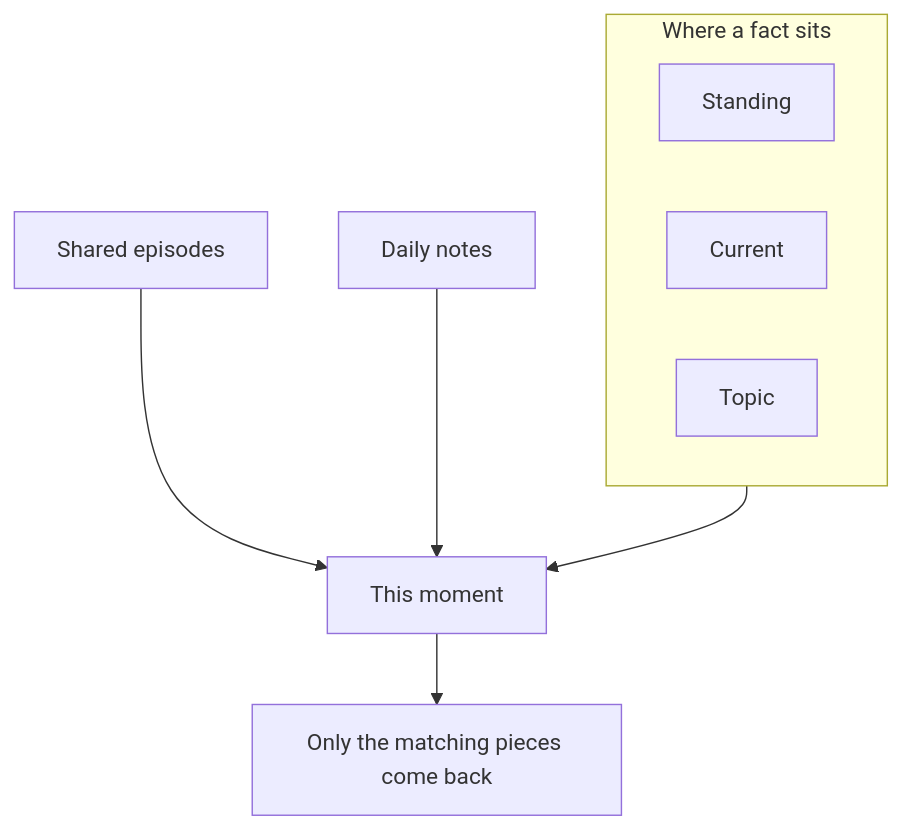
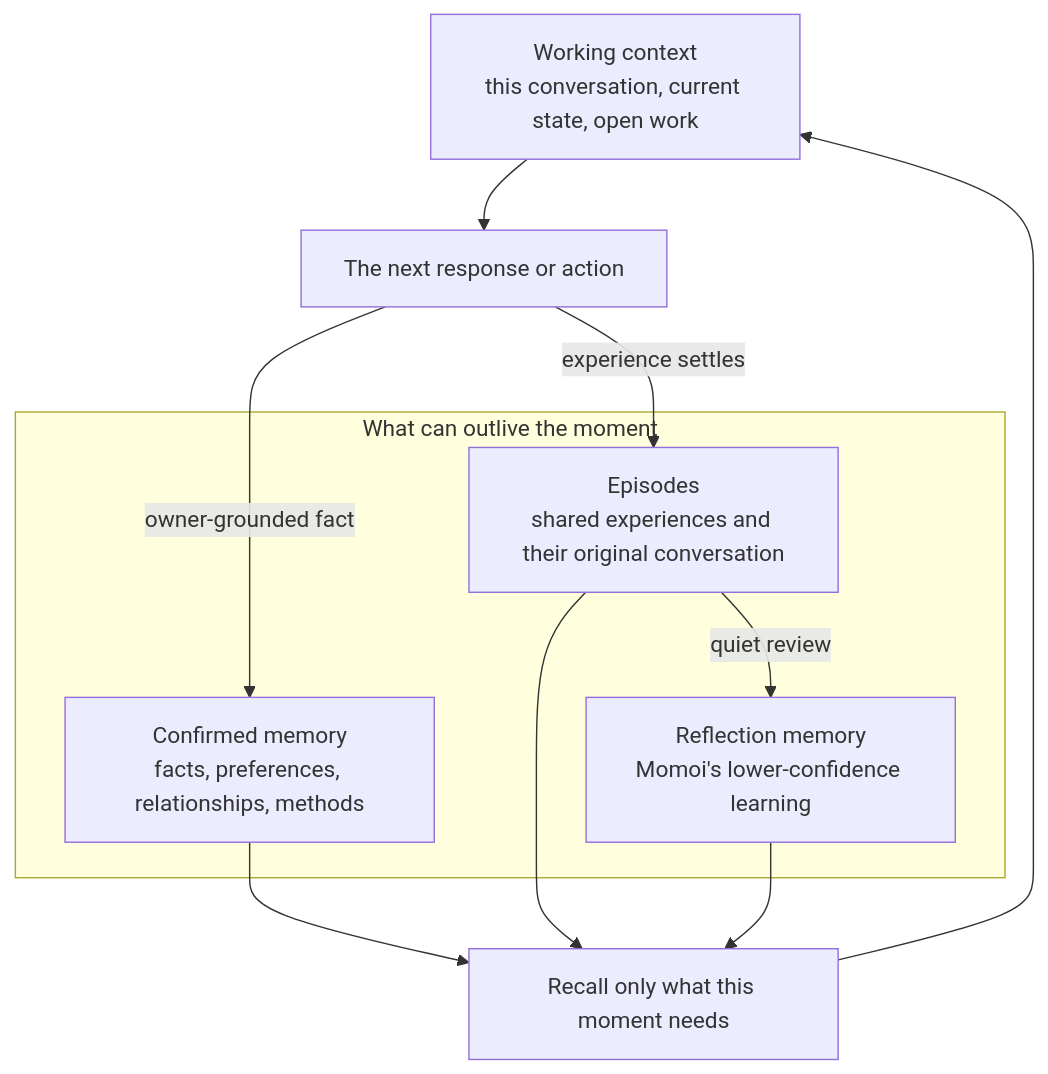
One commit to RicterZ/Momoi changed the third of 3 diagrams in README.md. Above: the diagram before and after it, drawn with Mermaid. The commit also changed other lines of this file and 5 other files, not shown here.

````diff
--- a/README.md
+++ b/README.md
@@ -97,16 +97,17 @@
 ```mermaid
 flowchart TB
-  subgraph sit["Where a fact sits"]
-    direction LR
-    standing["Standing"]
-    current["Current"]
-    topic["Topic"]
+  now["Working context<br/>this conversation, current state, open work"]
+  subgraph durable["What can outlive the moment"]
+    confirmed["Confirmed memory<br/>facts, preferences, relationships, methods"]
+    episodes["Episodes<br/>shared experiences and their original conversation"]
+    reflection["Reflection memory<br/>Momoi's lower-confidence learning"]
   end
-  episodes["Shared episodes"]
-  notes["Daily notes"]
-  moment["This moment"]
-  sit --> moment
-  episodes --> moment
-  notes --> moment
-  moment --> back["Only the matching pieces come back"]
+  confirmed --> recall["Recall only what this moment needs"]
+  episodes --> recall
+  reflection --> recall
+  recall --> now
+  now --> next["The next response or action"]
+  next -->|"experience settles"| episodes
+  next -->|"owner-grounded fact"| confirmed
+  episodes -->|"quiet review"| reflection
 ```
````
